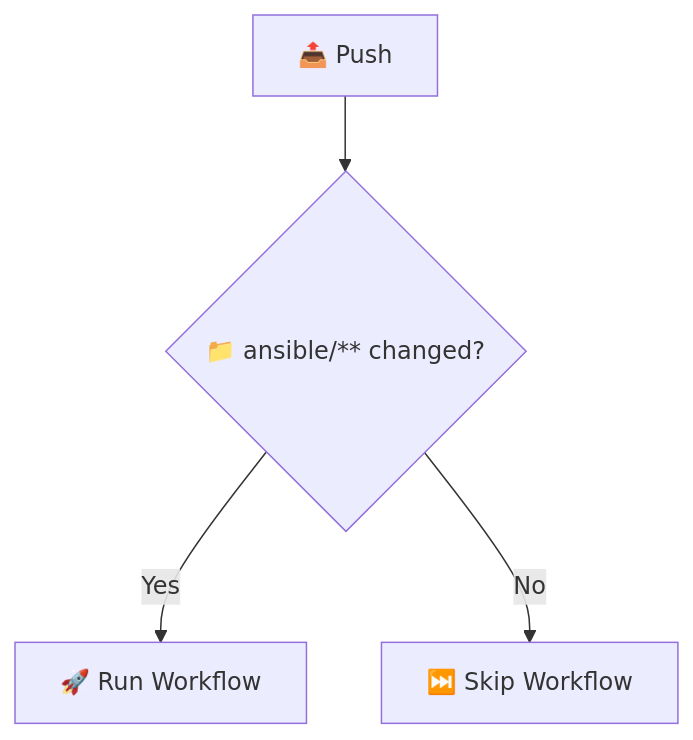
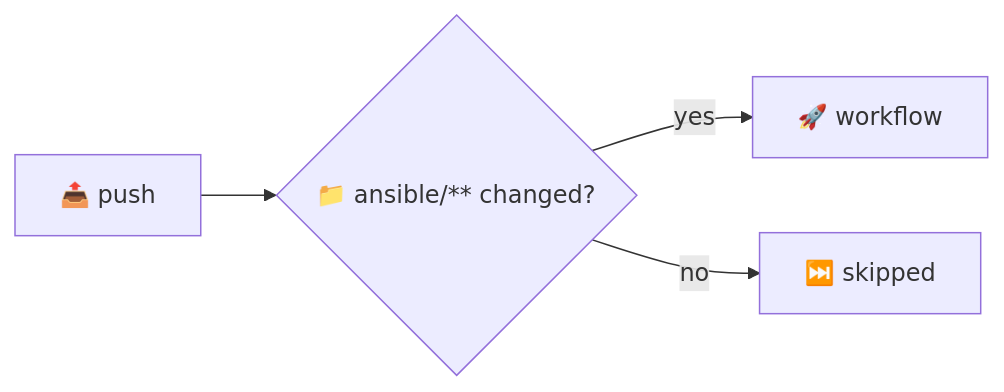
One commit to inno-devops-labs/DevOps-Core-Course changed the sixth of 7 diagrams in lectures/lec6.md. Above: the diagram before and after it, drawn with Mermaid. The commit also changed other lines of this file and 24 other files, not shown here.

````diff
--- a/lectures/lec6.md
+++ b/lectures/lec6.md
@@ -595,6 +472,6 @@
 ```mermaid
-flowchart TD
-  Push[📤 Push] --> Check{📁 ansible/** changed?}
-  Check -->|Yes| Run[🚀 Run Workflow]
-  Check -->|No| Skip[⏭️ Skip Workflow]
+flowchart LR
+  Push[📤 push] --> Check{📁 ansible/** changed?}
+  Check -->|yes| Run[🚀 workflow]
+  Check -->|no| Skip[⏭️ skipped]
 ```
````
